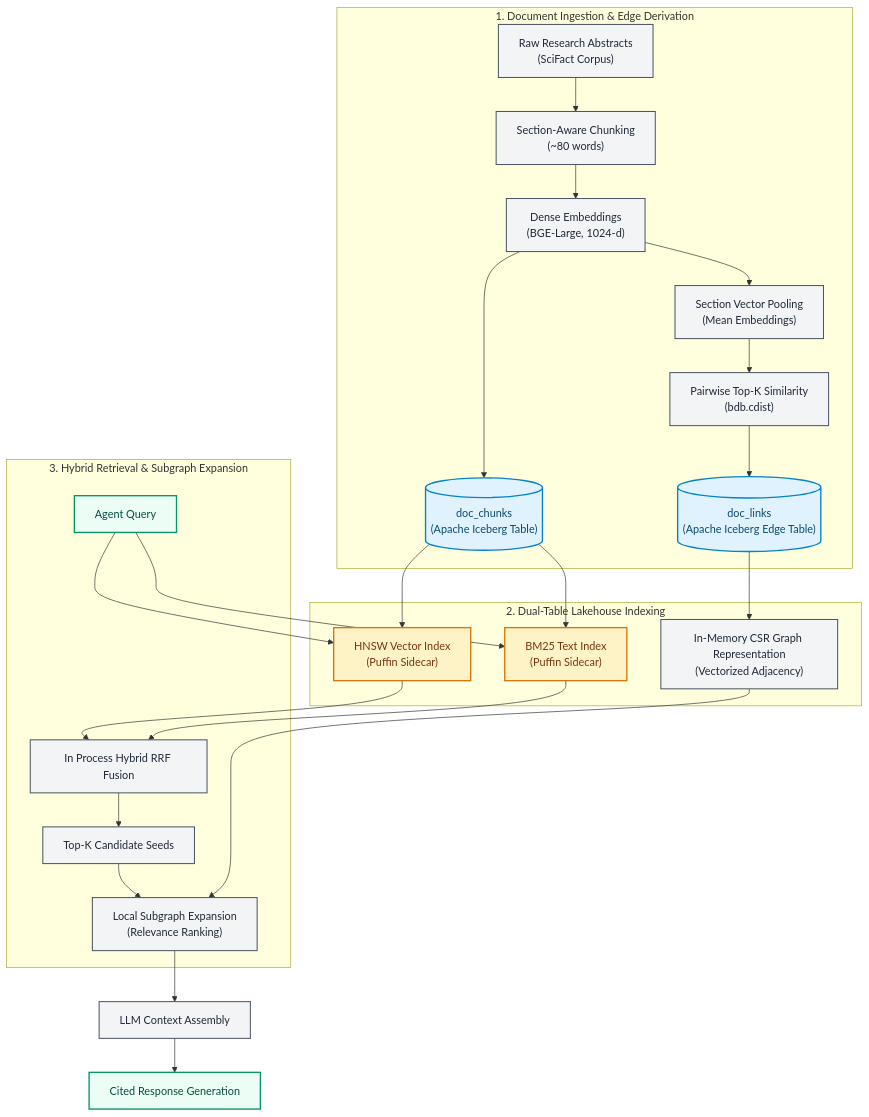
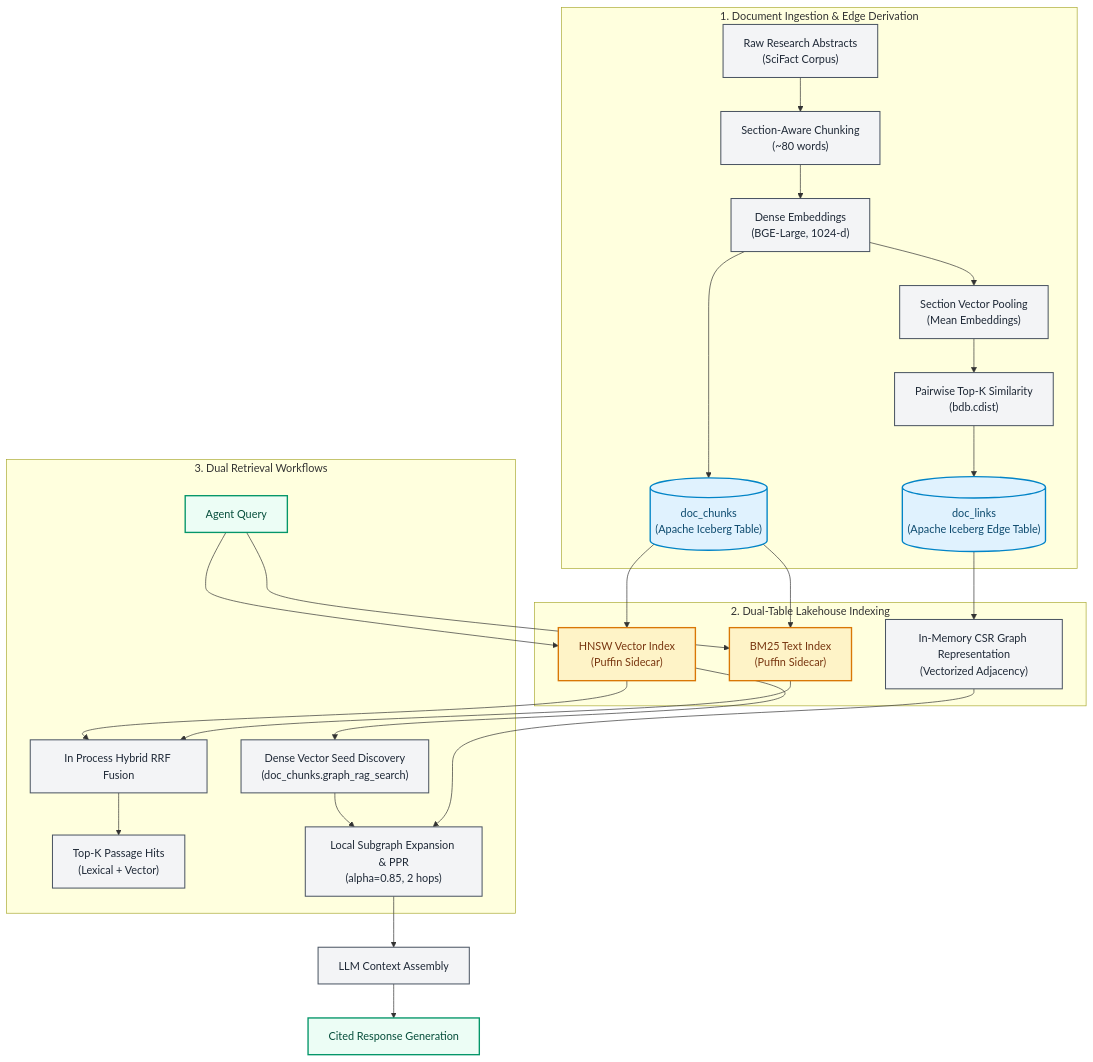
One commit to benolabsai/benodb changed the diagram in blog/articles/2026-11-21_graph_rag_howto.md. Above: the diagram before and after it, drawn with Mermaid. The commit also changed other lines of this file and 3 other files, not shown here.

First line of the commit message:
docs(blog): decouple hybrid retrieval from dense-seeded graph RAG in architecture flow and finalize editorial pass

````diff
--- a/blog/articles/2026-11-21_graph_rag_howto.md
+++ b/blog/articles/2026-11-21_graph_rag_howto.md
@@ -1212,37 +1210,42 @@
 ```mermaid
 flowchart TD
     classDef table fill:#e0f2fe,stroke:#0284c7,stroke-width:2px,color:#0c4a6e;
     classDef sidecar fill:#fef3c7,stroke:#d97706,stroke-width:2px,color:#78350f;
     classDef compute fill:#f3f4f6,stroke:#4b5563,stroke-width:1.5px,color:#1f2937;
     classDef agent fill:#ecfdf5,stroke:#059669,stroke-width:2px,color:#064e3b;
 
     subgraph Ingestion ["1. Document Ingestion & Edge Derivation"]
         A["Raw Research Abstracts<br/>(SciFact Corpus)"]:::compute --> B["Section-Aware Chunking<br/>(~80 words)"]:::compute
         B --> C["Dense Embeddings<br/>(BGE-Large, 1024-d)"]:::compute
         C --> D[("doc_chunks<br/>(Apache Iceberg Table)")]:::table
         
         %% Edge Derivation
         C --> E1["Section Vector Pooling<br/>(Mean Embeddings)"]:::compute
         E1 --> E2["Pairwise Top-K Similarity<br/>(bdb.cdist)"]:::compute
         E2 --> E3[("doc_links<br/>(Apache Iceberg Edge Table)")]:::table
     end
     
     subgraph Indexing ["2. Dual-Table Lakehouse Indexing"]
         D --> F1["HNSW Vector Index<br/>(Puffin Sidecar)"]:::sidecar
         D --> F2["BM25 Text Index<br/>(Puffin Sidecar)"]:::sidecar
         E3 --> G["In-Memory CSR Graph Representation<br/>(Vectorized Adjacency)"]:::compute
     end
     
-    subgraph Retrieval ["3. Hybrid Retrieval & Subgraph Expansion"]
+    subgraph Retrieval ["3. Dual Retrieval Workflows"]
         H["Agent Query"]:::agent --> F1
         H --> F2
+        
+        %% Branch A: Hybrid Passage Retrieval
         F1 --> I["In Process Hybrid RRF Fusion"]:::compute
         F2 --> I
-        I --> J["Top-K Candidate Seeds"]:::compute
-        J --> K["Local Subgraph Expansion<br/>(Relevance Ranking)"]:::compute
-        G --> K
+        I --> J["Top-K Passage Hits<br/>(Lexical + Vector)"]:::compute
+        
+        %% Branch B: Vector-Seeded Graph RAG
+        F1 --> K1["Dense Vector Seed Discovery<br/>(doc_chunks.graph_rag_search)"]:::compute
+        K1 --> K2["Local Subgraph Expansion & PPR<br/>(alpha=0.85, 2 hops)"]:::compute
+        G --> K2
     end
     
-    K --> L["LLM Context Assembly"]:::compute
+    K2 --> L["LLM Context Assembly"]:::compute
     L --> M["Cited Response Generation"]:::agent
 ```
````
